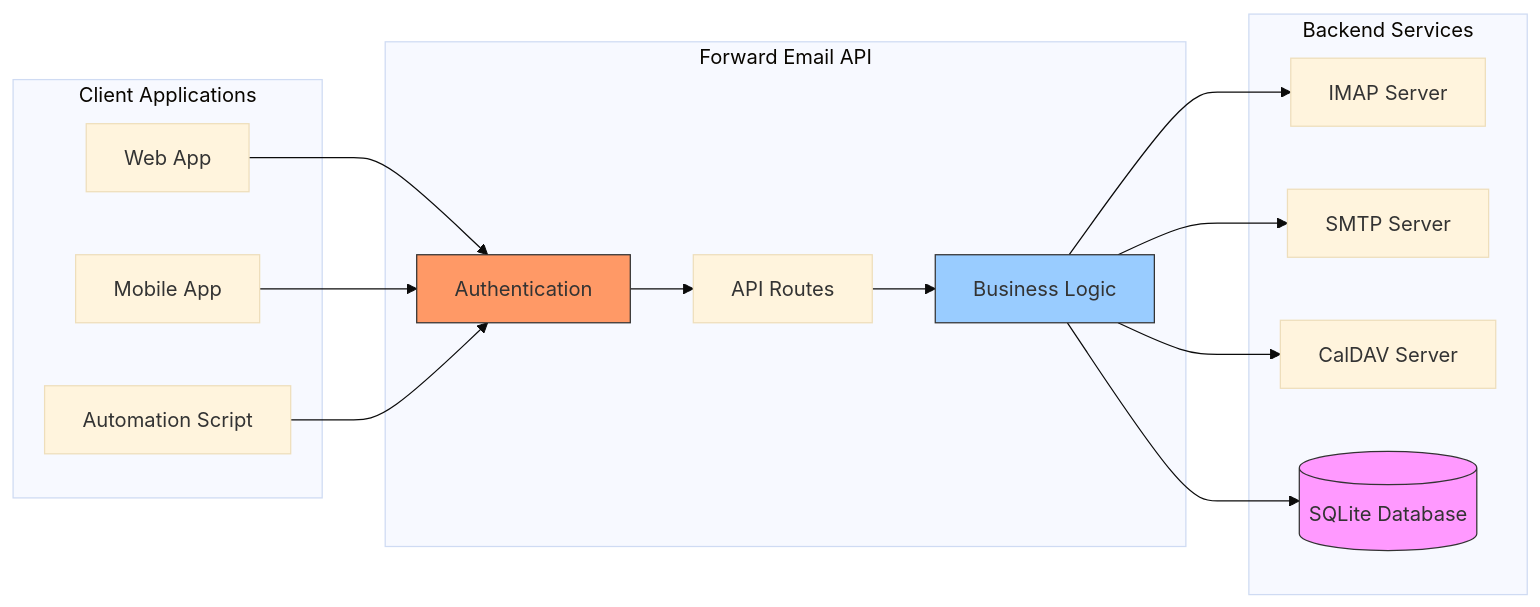
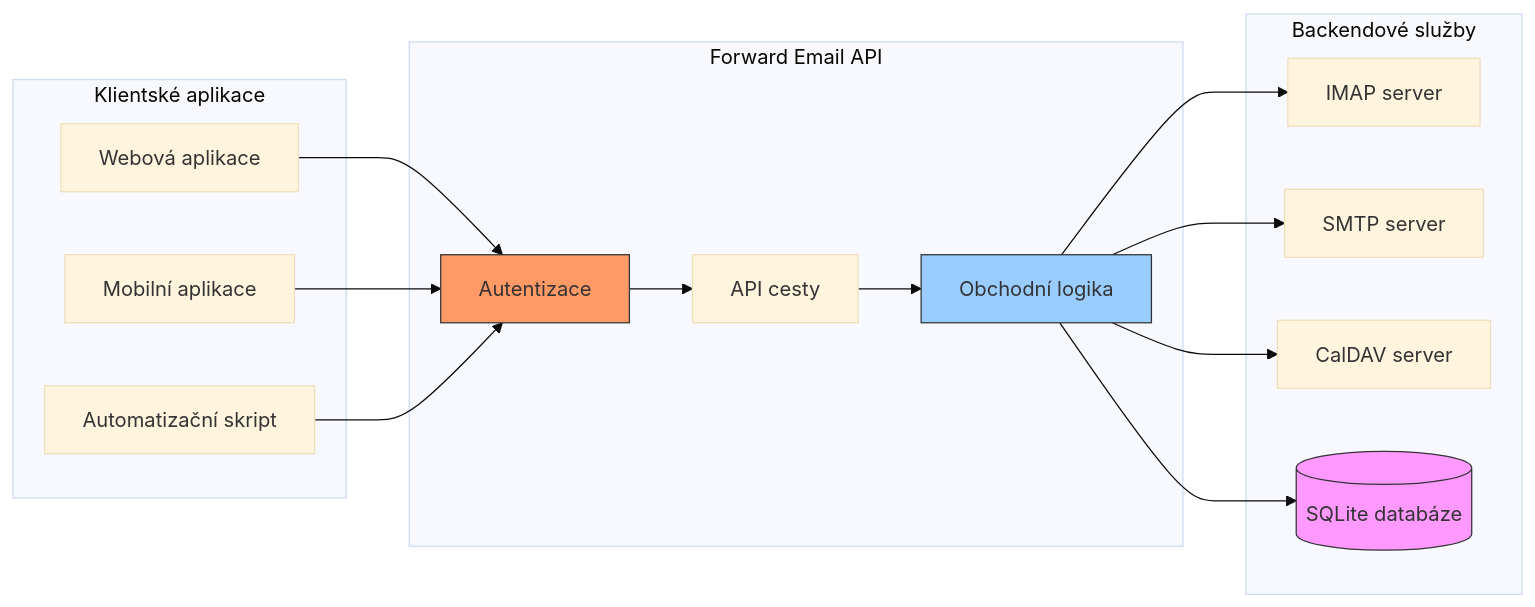
One commit to forwardemail/forwardemail.net changed diagram 15 of 16 in app/views/docs/email-protocols-rfc-compliance-imap-smtp-pop3-comparison/index-cs.md. Above: the diagram before and after it, drawn with Mermaid (base theme). The commit also changed other lines of this file and 1055 other files, not shown here.

````diff
--- a/app/views/docs/email-protocols-rfc-compliance-imap-smtp-pop3-comparison/index-cs.md
+++ b/app/views/docs/email-protocols-rfc-compliance-imap-smtp-pop3-comparison/index-cs.md
@@ -1877,35 +1869,35 @@
 ```mermaid
 graph LR
-    subgraph "Client Applications"
-        Web[Web App]
-        Mobile[Mobile App]
-        Script[Automation Script]
+    subgraph "Klientské aplikace"
+        Web[Webová aplikace]
+        Mobile[Mobilní aplikace]
+        Script[Automatizační skript]
     end
 
     subgraph "Forward Email API"
-        Auth[Authentication]
-        Routes[API Routes]
-        Logic[Business Logic]
+        Auth[Autentizace]
+        Routes[API cesty]
+        Logic[Obchodní logika]
     end
 
-    subgraph "Backend Services"
-        IMAP[IMAP Server]
-        SMTP[SMTP Server]
-        CalDAV[CalDAV Server]
-        DB[(SQLite Database)]
+    subgraph "Backendové služby"
+        IMAP[IMAP server]
+        SMTP[SMTP server]
+        CalDAV[CalDAV server]
+        DB[(SQLite databáze)]
     end
 
     Web --> Auth
     Mobile --> Auth
     Script --> Auth
     Auth --> Routes
     Routes --> Logic
     Logic --> IMAP
     Logic --> SMTP
     Logic --> CalDAV
     Logic --> DB
 
     style Auth fill:#f96,stroke:#333
     style Logic fill:#9cf,stroke:#333
     style DB fill:#f9f,stroke:#333
 ```
````
